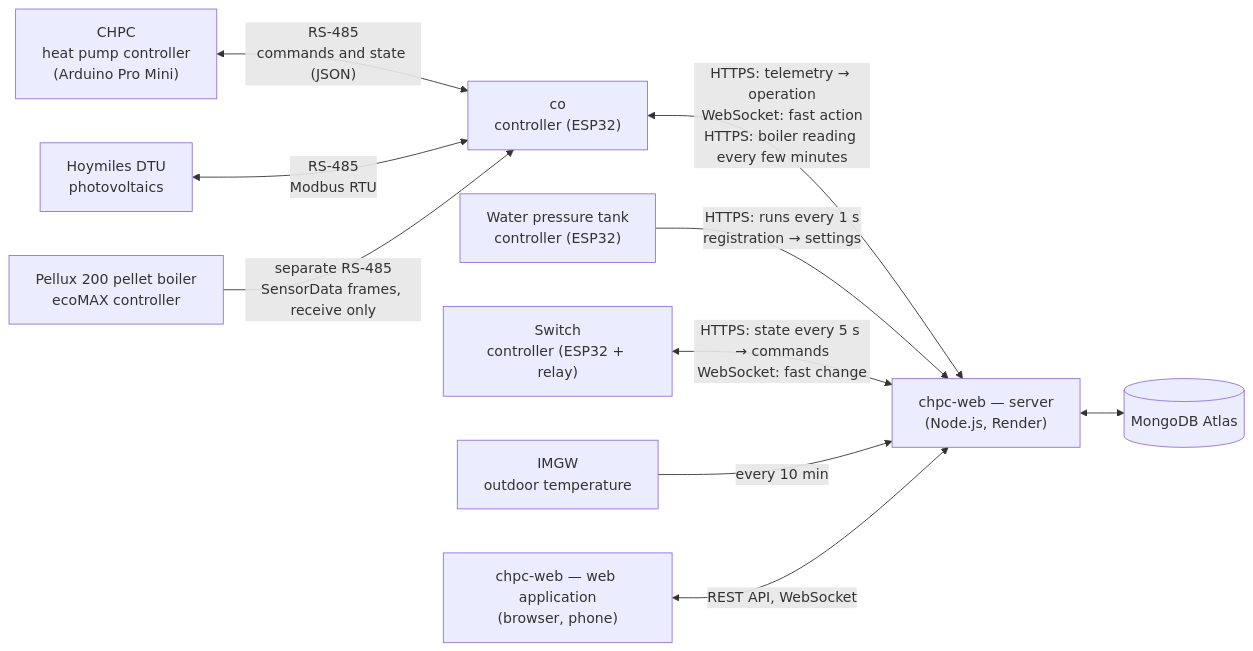
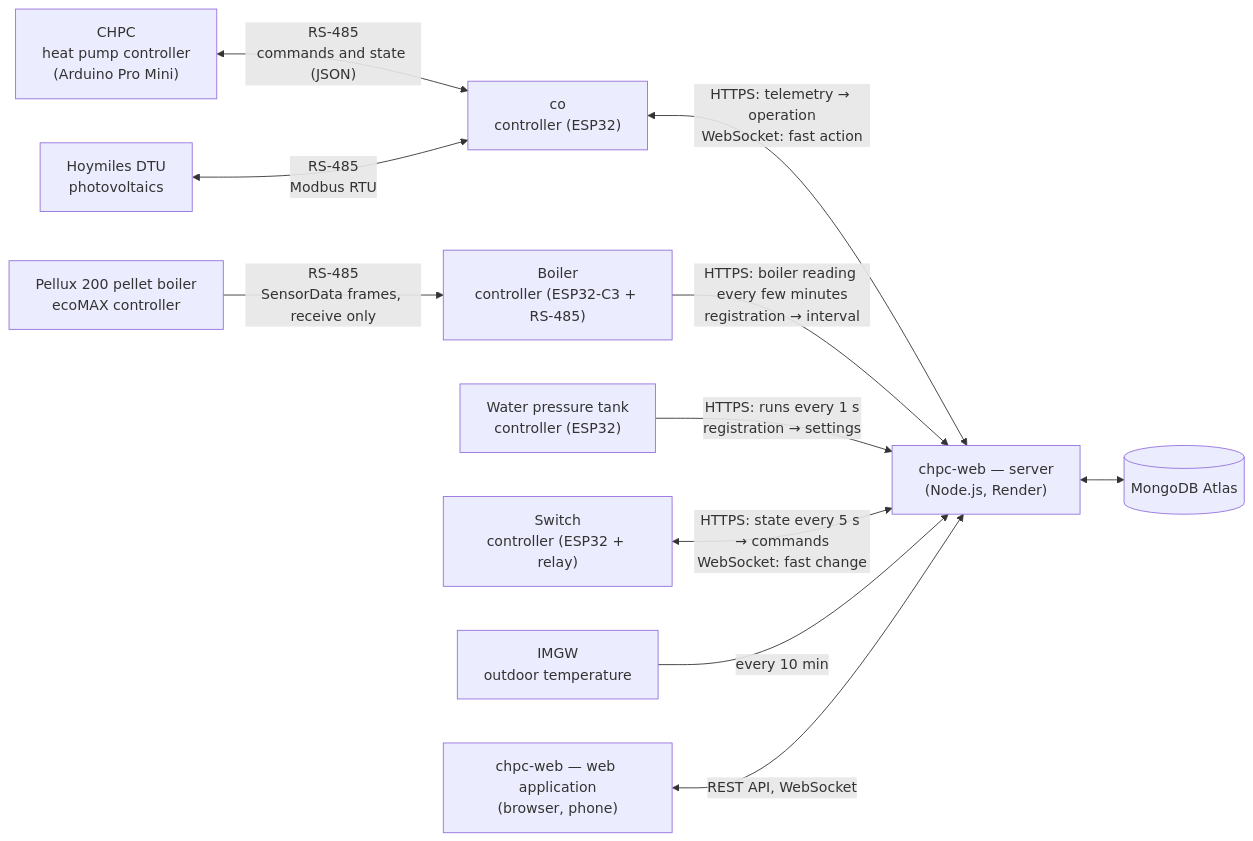
Before and after one commit to robertorlowski/chpc-web: the diagram in docs/en/README.md, drawn with Mermaid. The commit also changed other lines of this file and 51 other files, not shown here.

````diff
--- a/docs/en/README.md
+++ b/docs/en/README.md
@@ -17,23 +17,25 @@
 ```mermaid
 flowchart LR
     CHPC["CHPC<br/>heat pump controller<br/>(Arduino Pro Mini)"]
     DTU["Hoymiles DTU<br/>photovoltaics"]
     CO["co<br/>controller (ESP32)"]
     ECO["Pellux 200 pellet boiler<br/>ecoMAX controller"]
+    PEL["Boiler<br/>controller (ESP32-C3 + RS-485)"]
     HYD["Water pressure tank<br/>controller (ESP32)"]
     SW["Switch<br/>controller (ESP32 + relay)"]
     SRV["chpc-web — server<br/>(Node.js, Render)"]
     DB[("MongoDB Atlas")]
     WEB["chpc-web — web application<br/>(browser, phone)"]
     IMGW["IMGW<br/>outdoor temperature"]
 
     CHPC <-- "RS-485<br/>commands and state (JSON)" --> CO
     DTU <-- "RS-485<br/>Modbus RTU" --> CO
-    ECO -- "separate RS-485<br/>SensorData frames, receive only" --> CO
-    CO <-- "HTTPS: telemetry → operation<br/>WebSocket: fast action<br/>HTTPS: boiler reading every few minutes" --> SRV
+    ECO -- "RS-485<br/>SensorData frames, receive only" --> PEL
+    CO <-- "HTTPS: telemetry → operation<br/>WebSocket: fast action" --> SRV
+    PEL -- "HTTPS: boiler reading every few minutes<br/>registration → interval" --> SRV
     HYD -- "HTTPS: runs every 1 s<br/>registration → settings" --> SRV
     SW <-- "HTTPS: state every 5 s → commands<br/>WebSocket: fast change" --> SRV
     IMGW -- "every 10 min" --> SRV
     SRV <--> DB
     WEB <-- "REST API, WebSocket" --> SRV
 ```
````
